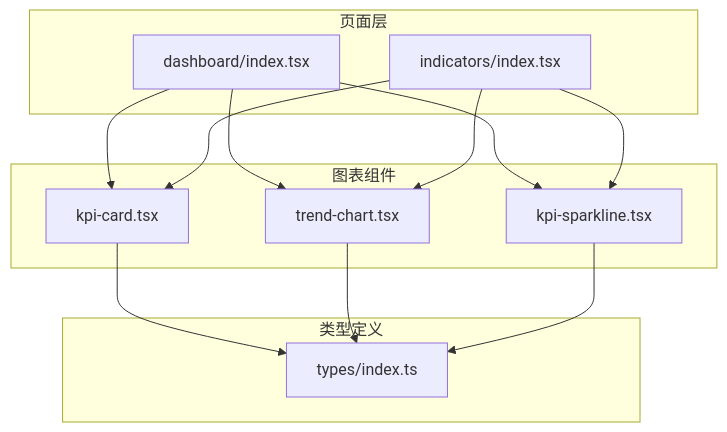
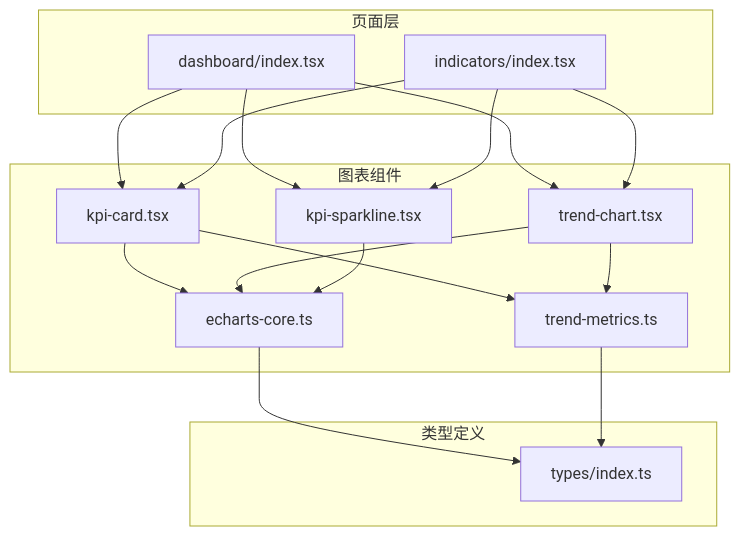
The first of 9 diagrams in .qoder/repowiki/zh/content/架构设计/组件架构/业务组件/图表组件/图表组件.md (Damao997/newproject), drawn with Mermaid before and after one commit. The commit also changed other lines of this file and 55 other files, not shown here.

````diff
--- a/.qoder/repowiki/zh/content/架构设计/组件架构/业务组件/图表组件/图表组件.md
+++ b/.qoder/repowiki/zh/content/架构设计/组件架构/业务组件/图表组件/图表组件.md
@@ -36,24 +49,30 @@
 ```mermaid
 graph TB
 subgraph "页面层"
 D["dashboard/index.tsx"]
 I["indicators/index.tsx"]
 end
 subgraph "图表组件"
 KC["kpi-card.tsx"]
 TC["trend-chart.tsx"]
 SL["kpi-sparkline.tsx"]
+EC["echarts-core.ts"]
+TM["trend-metrics.ts"]
 end
 subgraph "类型定义"
 T["types/index.ts"]
 end
 D --> KC
 D --> TC
 D --> SL
 I --> KC
 I --> TC
 I --> SL
-KC --> T
-TC --> T
-SL --> T
+KC --> EC
+KC --> TM
+TC --> EC
+TC --> TM
+SL --> EC
+EC --> T
+TM --> T
 ```
````
